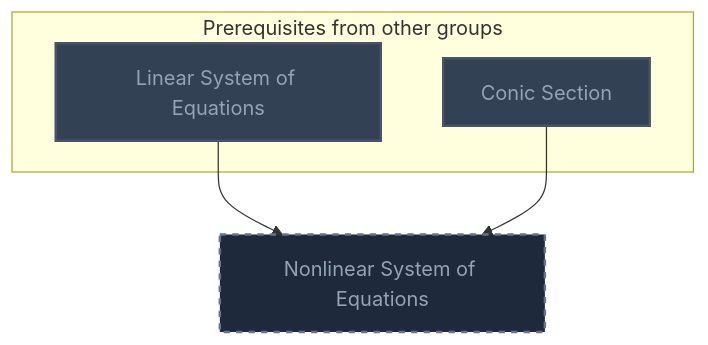
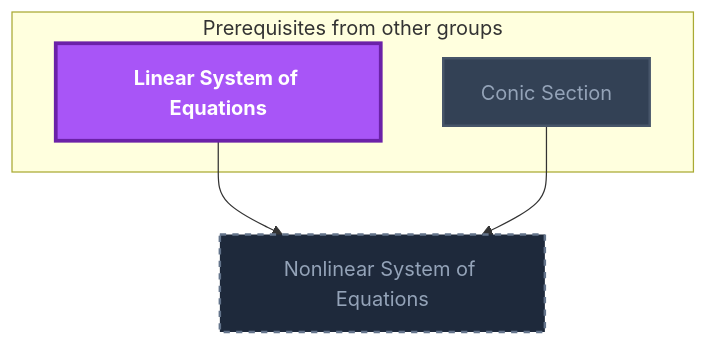
The eighth of 11 diagrams in Gamification/Skill Trees/Pre-Calculus.md (MRauf1/My-Notes), drawn with Mermaid before and after one commit. The commit also changed other lines of this file and 57 other files, not shown here.

````diff
--- a/Gamification/Skill Trees/Pre-Calculus.md
+++ b/Gamification/Skill Trees/Pre-Calculus.md
@@ -560,22 +560,23 @@
 ```mermaid
 flowchart TD
     classDef planned fill:#1E293B,stroke:#64748B,stroke-width:2px,stroke-dasharray:5 5,color:#94A3B8;
     classDef locked fill:#334155,stroke:#475569,stroke-width:2px,color:#94A3B8;
     classDef L0 fill:#F1F5F9,stroke:#94A3B8,stroke-width:2px,color:#000000;
     classDef L1 fill:#22C55E,stroke:#15803D,stroke-width:2px,color:#000000;
     classDef L2 fill:#3B82F6,stroke:#1D4ED8,stroke-width:3px,color:#FFFFFF;
     classDef L3 fill:#A855F7,stroke:#6B21A8,stroke-width:3px,color:#FFFFFF,font-weight:bold;
     classDef L4 fill:#F97316,stroke:#C2410C,stroke-width:4px,color:#000000,font-weight:bold;
     classDef L5 fill:#FFD700,stroke:#FF8C00,stroke-width:5px,color:#000000,font-weight:bold;
     classDef rusty stroke:#8B4513,stroke-width:4px,stroke-dasharray:3 3;
     subgraph sg_prereqs["Prerequisites from other groups"]
         n_linear_system_of_equations["Linear System of Equations"]
         n_conic_section["Conic Section"]
     end
     n_nonlinear_system_of_equations["Nonlinear System of Equations"]
     n_linear_system_of_equations --> n_nonlinear_system_of_equations
     n_conic_section --> n_nonlinear_system_of_equations
     class n_nonlinear_system_of_equations planned;
-    class n_linear_system_of_equations,n_conic_section locked;
+    class n_conic_section locked;
+    class n_linear_system_of_equations L3;
     class n_linear_system_of_equations,n_conic_section internal-link;
 ```
````
